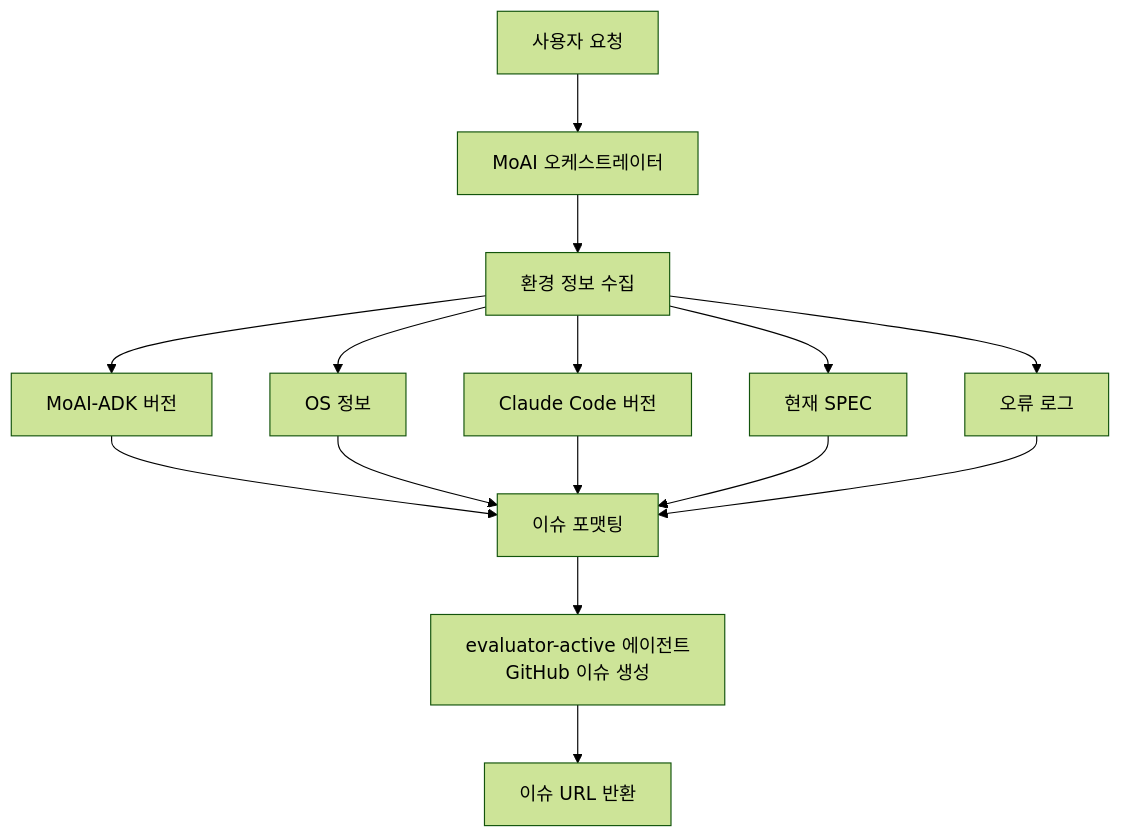
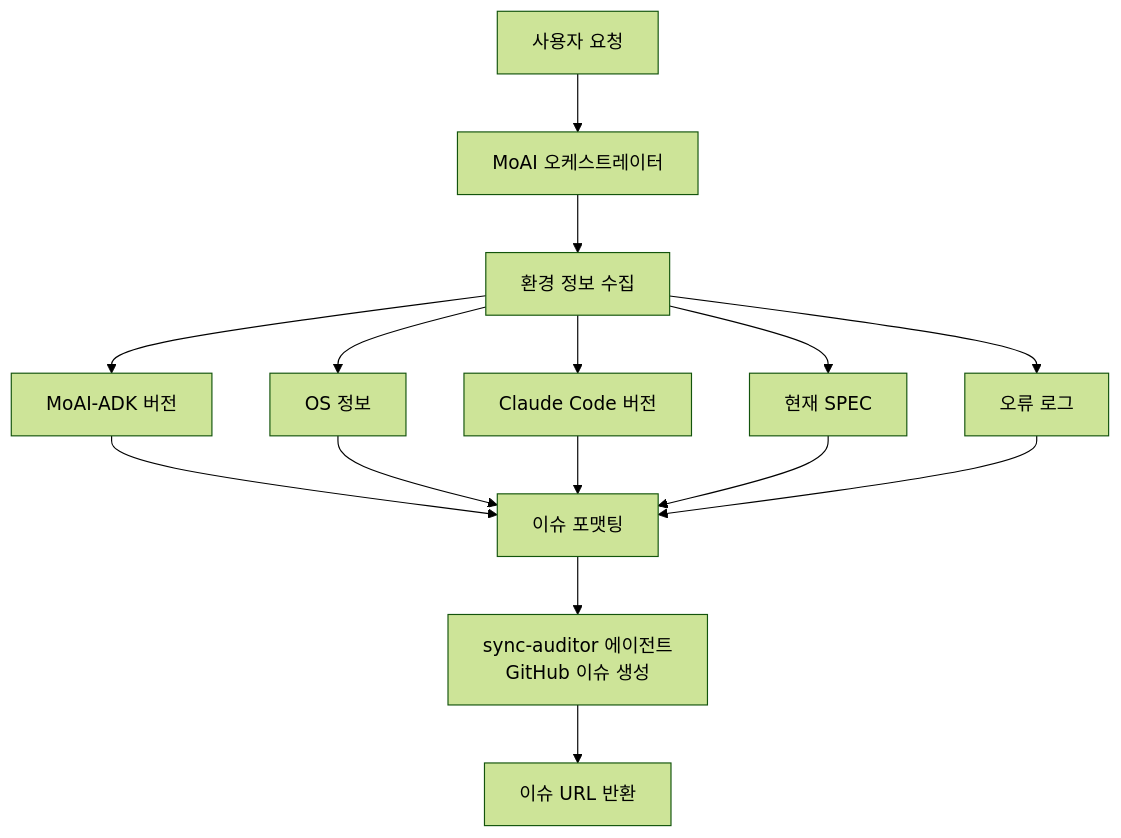
The second of 2 diagrams in docs-site/content/ko/utility-commands/moai-feedback.md (modu-ai/moai-adk), drawn with Mermaid (forest theme) before and after one commit. The commit also changed other lines of this file and 149 other files, not shown here.

First line of the commit message:
chore(agents): evaluator-active를 sync-auditor로 rename (plan-auditor phase 대칭)

````diff
--- a/docs-site/content/ko/utility-commands/moai-feedback.md
+++ b/docs-site/content/ko/utility-commands/moai-feedback.md
@@ -125,20 +125,20 @@
 ```mermaid
 flowchart TD
     User["사용자 요청"] --> Orchestrator["MoAI 오케스트레이터"]
     Orchestrator --> Collect["환경 정보 수집"]
 
     Collect --> Info1["MoAI-ADK 버전"]
     Collect --> Info2["OS 정보"]
     Collect --> Info3["Claude Code 버전"]
     Collect --> Info4["현재 SPEC"]
     Collect --> Info5["오류 로그"]
 
     Info1 --> Format["이슈 포맷팅"]
     Info2 --> Format
     Info3 --> Format
     Info4 --> Format
     Info5 --> Format
 
-    Format --> GitHub["evaluator-active 에이전트<br/>GitHub 이슈 생성"]
+    Format --> GitHub["sync-auditor 에이전트<br/>GitHub 이슈 생성"]
     GitHub --> Complete["이슈 URL 반환"]
 ```
````
